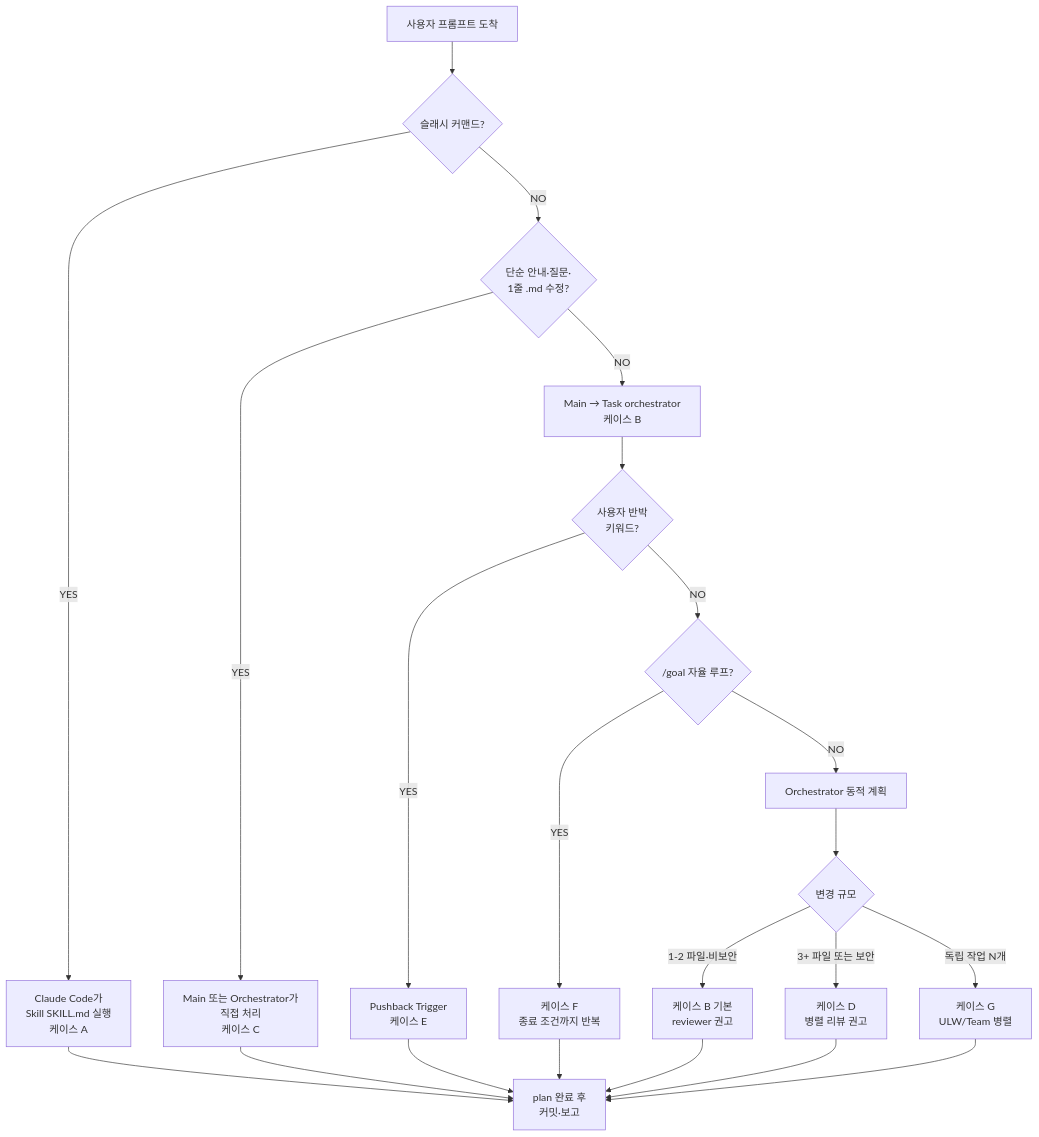
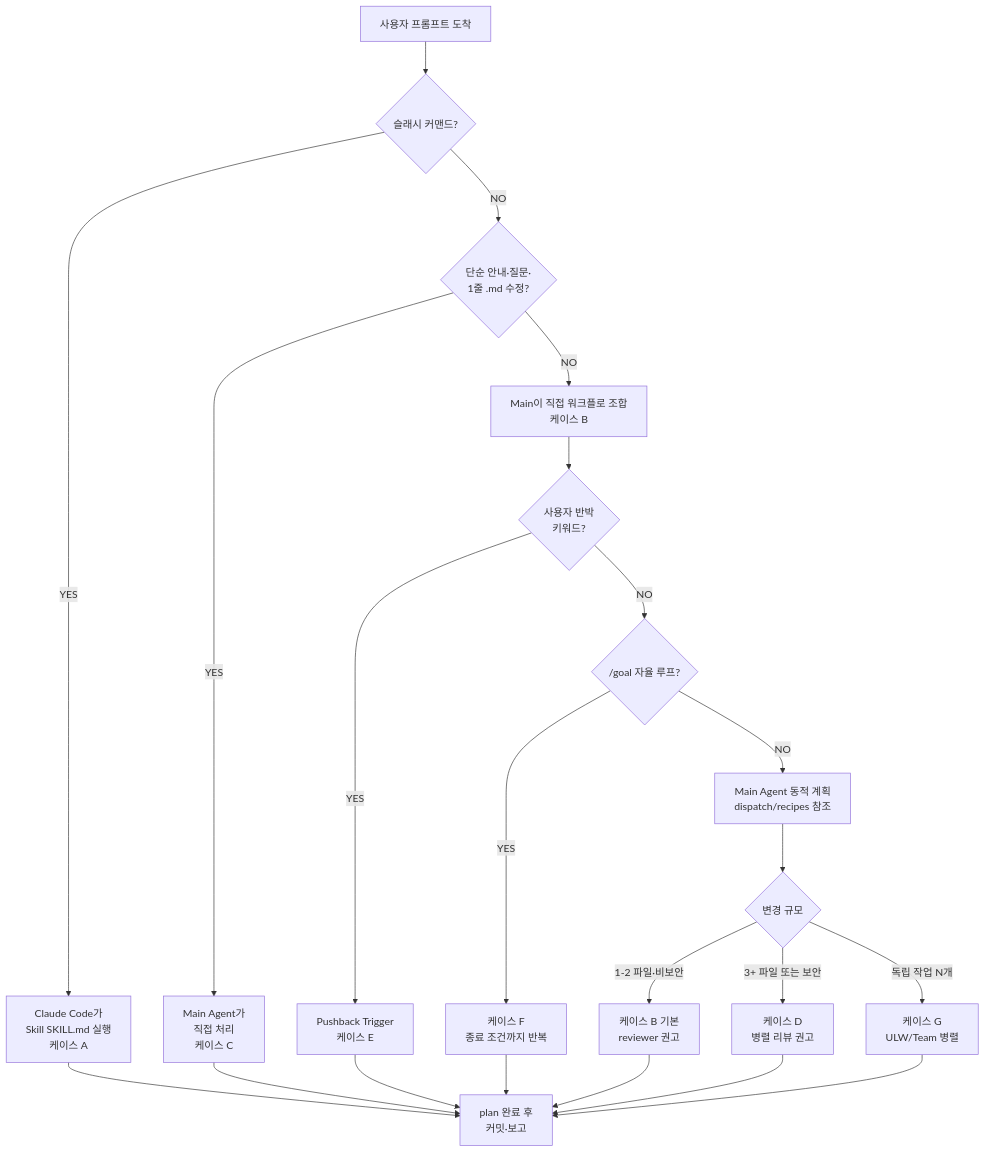
Before and after one commit to Hoodcat2255/hoodcat-harness: the ninth of 11 diagrams in docs/prompt-flow-after-cleanup-20260522.md, drawn with Mermaid. The commit also changed other lines of this file and 25 other files, not shown here.

````diff
--- a/docs/prompt-flow-after-cleanup-20260522.md
+++ b/docs/prompt-flow-after-cleanup-20260522.md
@@ -260,24 +254,24 @@
 ```mermaid
 flowchart TD
     P[사용자 프롬프트 도착] --> S{슬래시 커맨드?}
     S -->|YES| SC[Claude Code가<br/>Skill SKILL.md 실행<br/>케이스 A]
     S -->|NO| Q{단순 안내·질문·<br/>1줄 .md 수정?}
-    Q -->|YES| MD[Main 또는 Orchestrator가<br/>직접 처리<br/>케이스 C]
-    Q -->|NO| O[Main → Task orchestrator<br/>케이스 B]
+    Q -->|YES| MD[Main Agent가<br/>직접 처리<br/>케이스 C]
+    Q -->|NO| O[Main이 직접 워크플로 조합<br/>케이스 B]
     O --> R{사용자 반박<br/>키워드?}
     R -->|YES| PB[Pushback Trigger<br/>케이스 E]
     R -->|NO| GL{/goal 자율 루프?}
     GL -->|YES| GLOOP[케이스 F<br/>종료 조건까지 반복]
-    GL -->|NO| PLAN[Orchestrator 동적 계획]
+    GL -->|NO| PLAN[Main Agent 동적 계획<br/>dispatch/recipes 참조]
     PLAN --> SCALE{변경 규모}
     SCALE -->|1-2 파일·비보안| SMALL[케이스 B 기본<br/>reviewer 권고]
     SCALE -->|3+ 파일 또는 보안| LARGE[케이스 D<br/>병렬 리뷰 권고]
     SCALE -->|독립 작업 N개| PAR[케이스 G<br/>ULW/Team 병렬]
     PB --> END
     GLOOP --> END
     SMALL --> END[plan 완료 후<br/>커밋·보고]
     LARGE --> END
     PAR --> END
     SC --> END
     MD --> END
 ```
````
